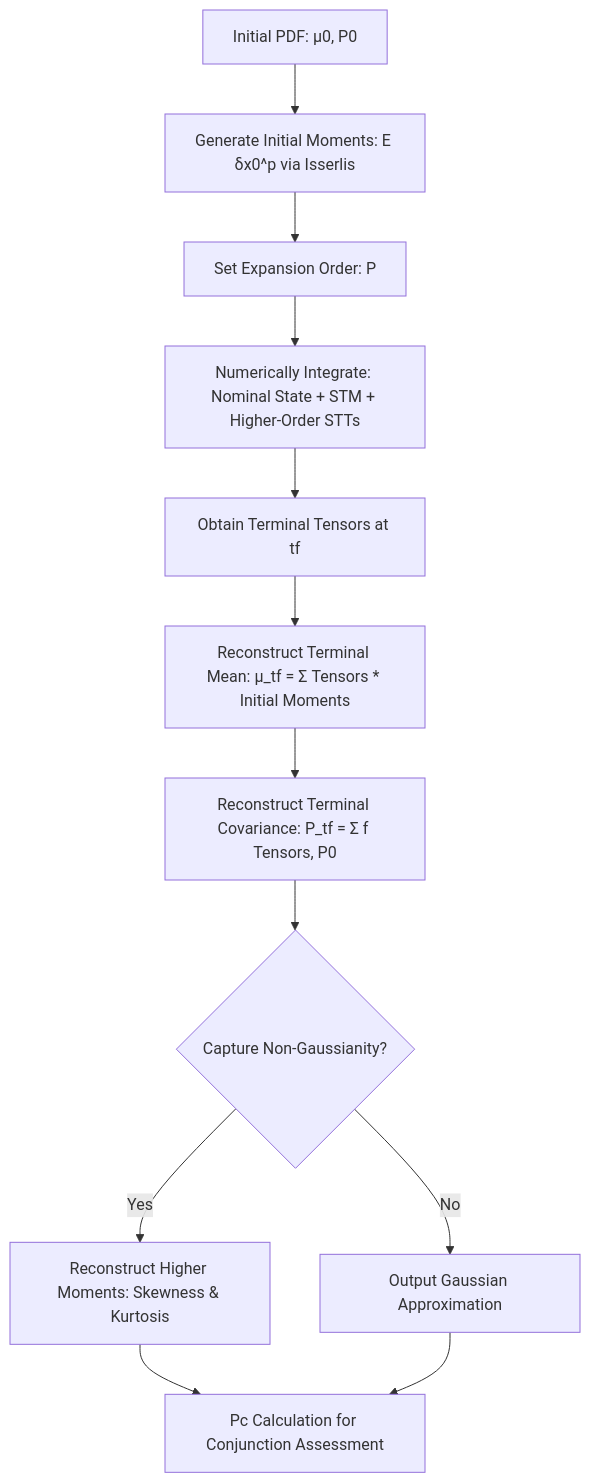
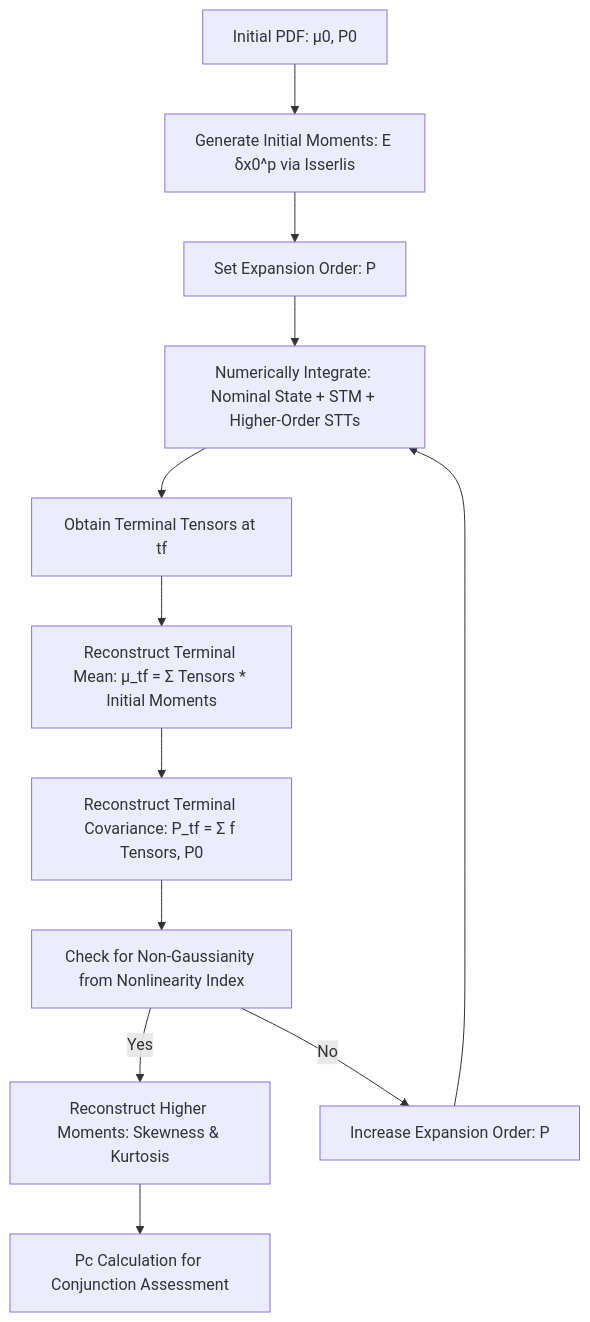
One commit to R16-srihari/Orbital-Uncertainty-Propagation-Literature-Review changed the ninth of 16 diagrams in index.qmd. Above: the diagram before and after it, drawn with Mermaid. The commit also changed other lines of this file and 6 other files, not shown here.

````diff
--- a/index.qmd
+++ b/index.qmd
@@ -1177,14 +1182,14 @@
 ```mermaid
 graph TD
     A[Initial PDF: μ0, P0] --> B[Generate Initial Moments: E δx0^p via Isserlis]
     B --> C[Set Expansion Order: P]
     C --> D[Numerically Integrate: Nominal State + STM + Higher-Order STTs]
     D --> E[Obtain Terminal Tensors at tf]
     E --> F[Reconstruct Terminal Mean: μ_tf = Σ Tensors * Initial Moments]
     F --> G[Reconstruct Terminal Covariance: P_tf = Σ f Tensors, P0]
-    G --> H{Capture Non-Gaussianity?}
+    G --> H[Check for Non-Gaussianity from Nonlinearity Index]
     H -- Yes --> I[Reconstruct Higher Moments: Skewness & Kurtosis]
-    H -- No --> J[Output Gaussian Approximation]
+    H -- No --> J[Increase Expansion Order: P] --> D
     I --> K[Pc Calculation for Conjunction Assessment]
-    J --> K
+    
 ```
````
